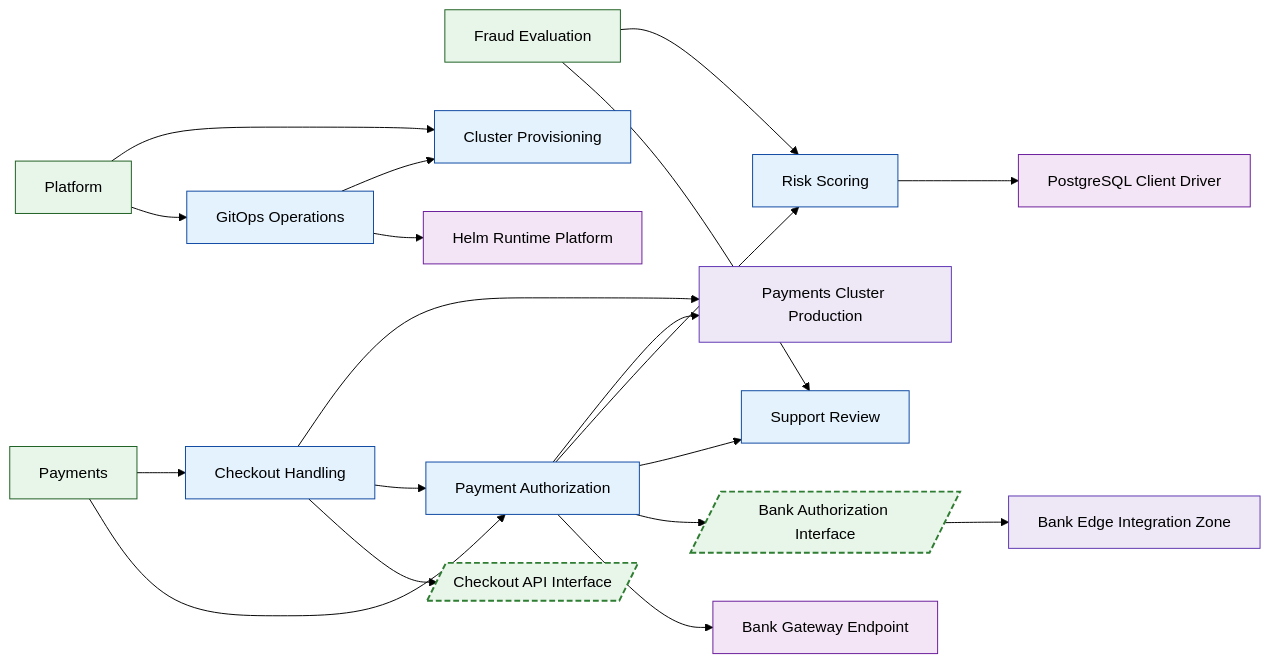
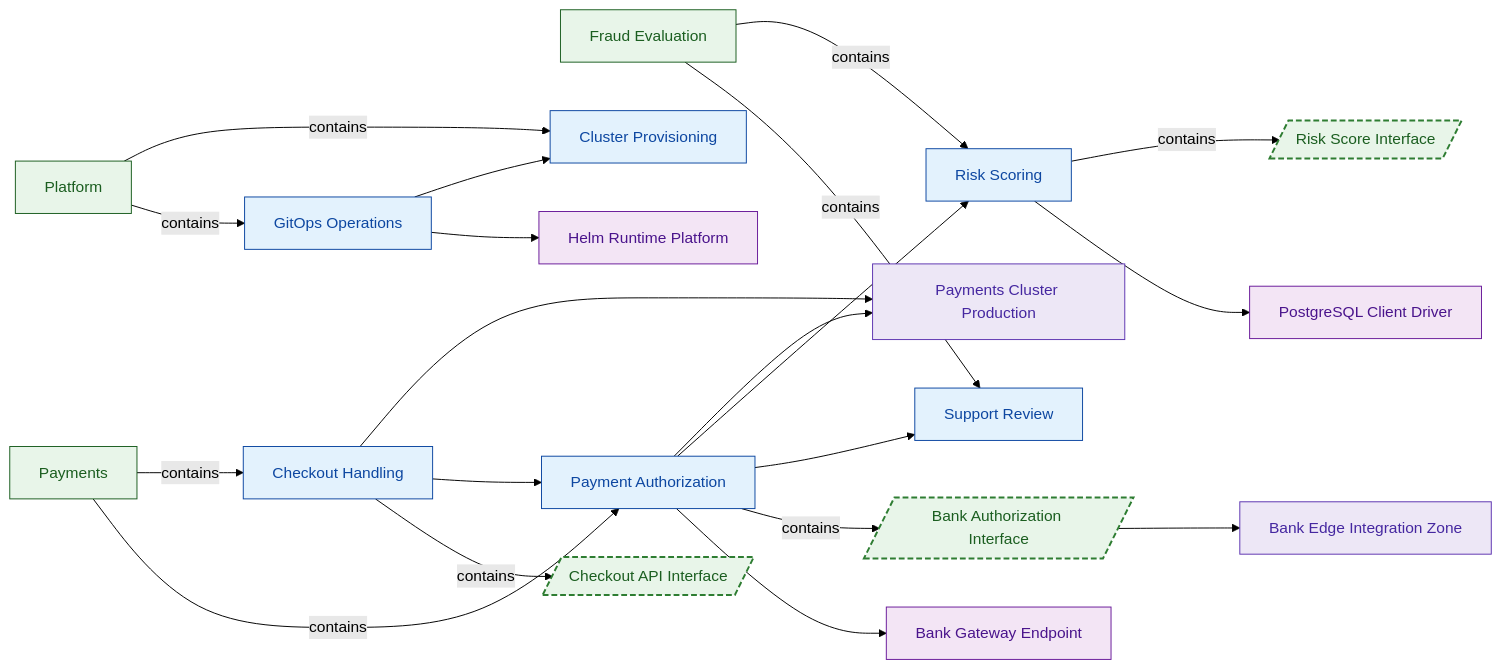
Before and after one commit to labeth/engineering-model-go: the diagram in examples/payments-engineering-sample/generated/VIEW-DEPLOYMENT.mmd, drawn with Mermaid (forest theme). The commit also changed 66 other files, not shown here.

Commit message:
Add first-class architecture decision records

```diff
--- a/examples/payments-engineering-sample/generated/VIEW-DEPLOYMENT.mmd
+++ b/examples/payments-engineering-sample/generated/VIEW-DEPLOYMENT.mmd
@@ -1,51 +1,59 @@
 flowchart LR
 %% view: VIEW-DEPLOYMENT (deployment)
 N_DEP_PAYMENTS_BANK_EDGE["Bank Edge Integration Zone"]:::deployment_target
 N_DEP_PAYMENTS_CLUSTER_PROD["Payments Cluster Production"]:::deployment_target
 N_FG_FRAUD["Fraud Evaluation"]:::functional_group
 N_FG_PAYMENTS["Payments"]:::functional_group
 N_FG_PLATFORM["Platform"]:::functional_group
 N_FU_CHECKOUT["Checkout Handling"]:::functional_unit
 N_FU_CLUSTER_PROVISIONING["Cluster Provisioning"]:::functional_unit
 N_FU_GITOPS_OPERATIONS["GitOps Operations"]:::functional_unit
 N_FU_PAYMENT_AUTHORIZATION["Payment Authorization"]:::functional_unit
 N_FU_RISK_SCORING["Risk Scoring"]:::functional_unit
 N_FU_SUPPORT_REVIEW["Support Review"]:::functional_unit
 N_IF_PAYMENTS_BANK_AUTH[/"Bank Authorization Interface"/]:::interface
 N_IF_PAYMENTS_CHECKOUT_API[/"Checkout API Interface"/]:::interface
+N_IF_PAYMENTS_RISK_SCORE_API[/"Risk Score Interface"/]:::interface
 N_REF_BANK_GATEWAY_ENDPOINT["Bank Gateway Endpoint"]:::referenced_element
 N_REF_HELM_PLATFORM["Helm Runtime Platform"]:::referenced_element
 N_REF_POSTGRES_DRIVER["PostgreSQL Client Driver"]:::referenced_element
-N_FG_FRAUD --> N_FU_RISK_SCORING
-N_FG_FRAUD --> N_FU_SUPPORT_REVIEW
-N_FG_PAYMENTS --> N_FU_CHECKOUT
-N_FG_PAYMENTS --> N_FU_PAYMENT_AUTHORIZATION
-N_FG_PLATFORM --> N_FU_CLUSTER_PROVISIONING
-N_FG_PLATFORM --> N_FU_GITOPS_OPERATIONS
+N_FG_FRAUD -->|contains| N_FU_RISK_SCORING
+N_FG_FRAUD -->|contains| N_FU_SUPPORT_REVIEW
+N_FG_PAYMENTS -->|contains| N_FU_CHECKOUT
+N_FG_PAYMENTS -->|contains| N_FU_PAYMENT_AUTHORIZATION
+N_FG_PLATFORM -->|contains| N_FU_CLUSTER_PROVISIONING
+N_FG_PLATFORM -->|contains| N_FU_GITOPS_OPERATIONS
 N_FU_CHECKOUT --> N_DEP_PAYMENTS_CLUSTER_PROD
 N_FU_CHECKOUT --> N_FU_PAYMENT_AUTHORIZATION
-N_FU_CHECKOUT --> N_IF_PAYMENTS_CHECKOUT_API
+N_FU_CHECKOUT -->|contains| N_IF_PAYMENTS_CHECKOUT_API
 N_FU_GITOPS_OPERATIONS --> N_FU_CLUSTER_PROVISIONING
 N_FU_GITOPS_OPERATIONS --> N_REF_HELM_PLATFORM
 N_FU_PAYMENT_AUTHORIZATION --> N_DEP_PAYMENTS_CLUSTER_PROD
 N_FU_PAYMENT_AUTHORIZATION --> N_FU_RISK_SCORING
 N_FU_PAYMENT_AUTHORIZATION --> N_FU_SUPPORT_REVIEW
-N_FU_PAYMENT_AUTHORIZATION --> N_IF_PAYMENTS_BANK_AUTH
+N_FU_PAYMENT_AUTHORIZATION -->|contains| N_IF_PAYMENTS_BANK_AUTH
 N_FU_PAYMENT_AUTHORIZATION --> N_REF_BANK_GATEWAY_ENDPOINT
+N_FU_RISK_SCORING -->|contains| N_IF_PAYMENTS_RISK_SCORE_API
 N_FU_RISK_SCORING --> N_REF_POSTGRES_DRIVER
 N_IF_PAYMENTS_BANK_AUTH --> N_DEP_PAYMENTS_BANK_EDGE
-classDef functional_group fill:#e8f5e9,stroke:#1b5e20,stroke-width:1px;
-classDef functional_unit fill:#e3f2fd,stroke:#0d47a1,stroke-width:1px;
-classDef actor fill:#fff8e1,stroke:#ef6c00,stroke-width:1px;
-classDef attack_vector fill:#ffebee,stroke:#b71c1c,stroke-width:1px;
-classDef referenced_element fill:#f3e5f5,stroke:#6a1b9a,stroke-width:1px;
-classDef interface fill:#e8f5e9,stroke:#2e7d32,stroke-width:2px,stroke-dasharray: 6 3;
-classDef data_object fill:#fff3e0,stroke:#ef6c00,stroke-width:2px,stroke-dasharray: 2 2;
-classDef deployment_target fill:#ede7f6,stroke:#5e35b1,stroke-width:1px;
-classDef control fill:#fce4ec,stroke:#ad1457,stroke-width:1px;
-classDef trust_boundary fill:#e0f7fa,stroke:#006064,stroke-width:2px,stroke-dasharray: 10 4;
-classDef state fill:#e1f5fe,stroke:#0277bd,stroke-width:1px;
-classDef event fill:#fffde7,stroke:#f9a825,stroke-width:1px;
-classDef flow fill:#ede7f6,stroke:#4527a0,stroke-width:2px;
-classDef flow_step fill:#f1f8e9,stroke:#33691e,stroke-width:2px;
-classDef unknown fill:#ffffff,stroke:#adb5bd,stroke-width:1px;
+classDef system_boundary fill:#f5f5f5,stroke:#424242,stroke-width:2px,color:#212121;
+classDef functional_group fill:#e8f5e9,stroke:#1b5e20,stroke-width:1px,color:#1b5e20;
+classDef functional_unit fill:#e3f2fd,stroke:#0d47a1,stroke-width:1px,color:#0d47a1;
+classDef actor fill:#fff8e1,stroke:#ef6c00,stroke-width:1px,color:#bf360c;
+classDef attack_vector fill:#ffebee,stroke:#b71c1c,stroke-width:1px,color:#7f0000;
+classDef referenced_element fill:#f3e5f5,stroke:#6a1b9a,stroke-width:1px,color:#4a148c;
+classDef interface fill:#e8f5e9,stroke:#2e7d32,stroke-width:2px,stroke-dasharray: 6 3,color:#1b5e20;
+classDef data_object fill:#fff3e0,stroke:#ef6c00,stroke-width:2px,stroke-dasharray: 2 2,color:#e65100;
+classDef deployment_target fill:#ede7f6,stroke:#5e35b1,stroke-width:1px,color:#4527a0;
+classDef control fill:#fce4ec,stroke:#ad1457,stroke-width:1px,color:#880e4f;
+classDef trust_boundary fill:#e0f7fa,stroke:#006064,stroke-width:2px,stroke-dasharray: 10 4,color:#004d40;
+classDef state fill:#e1f5fe,stroke:#0277bd,stroke-width:1px,color:#01579b;
+classDef event fill:#fffde7,stroke:#f9a825,stroke-width:1px,color:#f57f17;
+classDef flow fill:#ede7f6,stroke:#4527a0,stroke-width:2px,color:#311b92;
+classDef flow_step fill:#f1f8e9,stroke:#33691e,stroke-width:2px,color:#1b5e20;
+classDef requirement fill:#fffde7,stroke:#f9a825,stroke-width:1px,color:#7f6000;
+classDef verification fill:#fce4ec,stroke:#ad1457,stroke-width:1px,color:#880e4f;
+classDef runtime_element fill:#b2ebf2,stroke:#00838f,stroke-width:1px,color:#006064;
+classDef deployment_element fill:#d7ccc8,stroke:#4e342e,stroke-width:1px,color:#2f1b14;
+classDef code_element fill:#eceff1,stroke:#37474f,stroke-width:1px,color:#263238;
+classDef unknown fill:#ffffff,stroke:#adb5bd,stroke-width:1px,color:#4f5b62;
```
